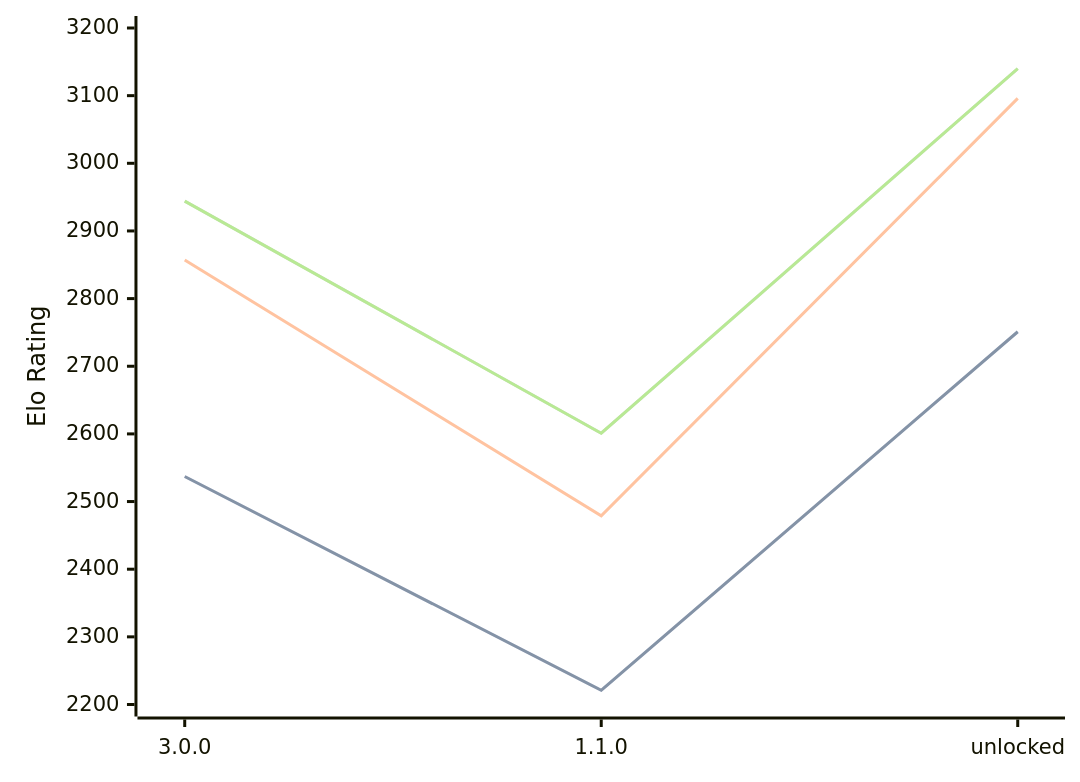
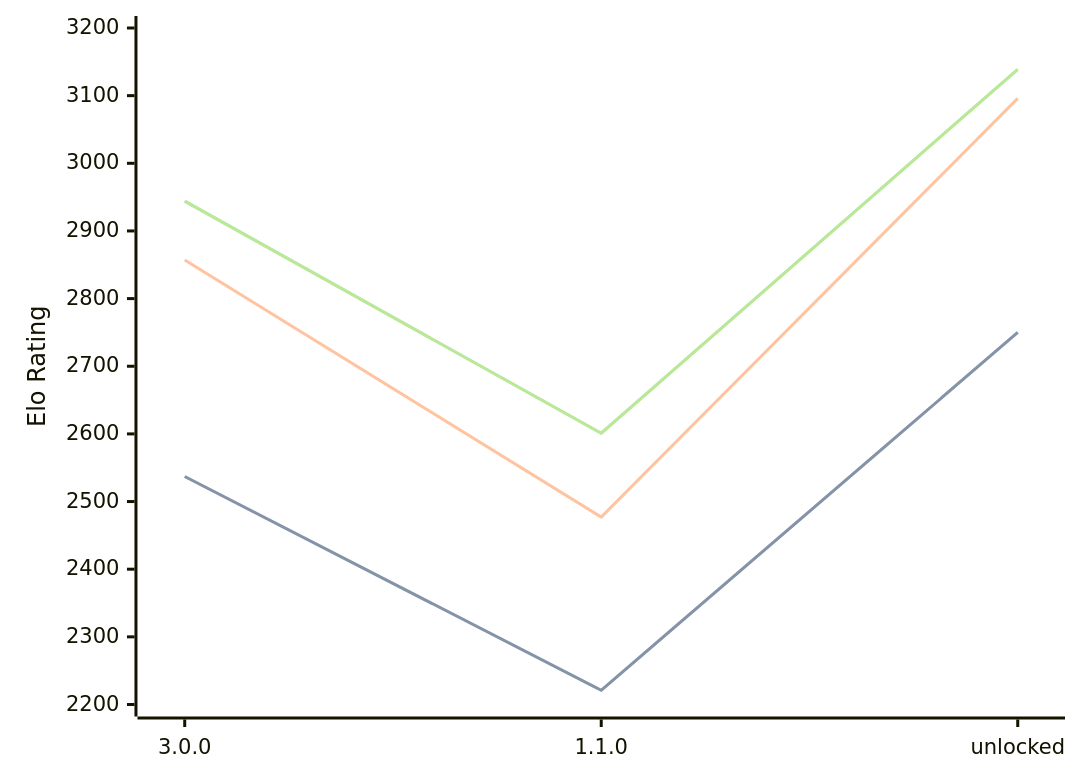
One commit to computer-chess-index/cci changed the diagram in engines/Potential.md. Above: the diagram before and after it, drawn with Mermaid. The commit also changed other lines of this file, not shown here.

Commit message:
Update CCI Ratings (ELO VLTC) - 2026-09-04

````diff
--- a/engines/Potential.md
+++ b/engines/Potential.md
@@ -33,11 +33,11 @@
 ```mermaid
 %%{init: {"theme":"base","themeVariables":{"seriesColors:['#a3a3a3','#222221','#faa371']}}}%%
 xychart-beta
   x-axis ["3.0.0", "1.1.0", "unlocked"]
   y-axis "Elo Rating" 2200 --> 3200
-  line "" [2537, 2221, 2751]
-  line "STC (8.0+0.08s)" [2537, 2221, 2751]
-  line "LTC (60.0+0.60s)" [2857, 2479, 3096]
-  line "" [2944, 2601, 3140]
-  line "VLTC (2m24s+1.12s)" [2944, 2601, 3140]
+  line "" [2537, 2221, 2750]
+  line "STC (8.0+0.08s)" [2537, 2221, 2750]
+  line "LTC (60.0+0.60s)" [2857, 2477, 3096]
+  line "" [2944, 2601, 3139]
+  line "VLTC (2m24s+1.12s)" [2944, 2601, 3139]
 ```
````
